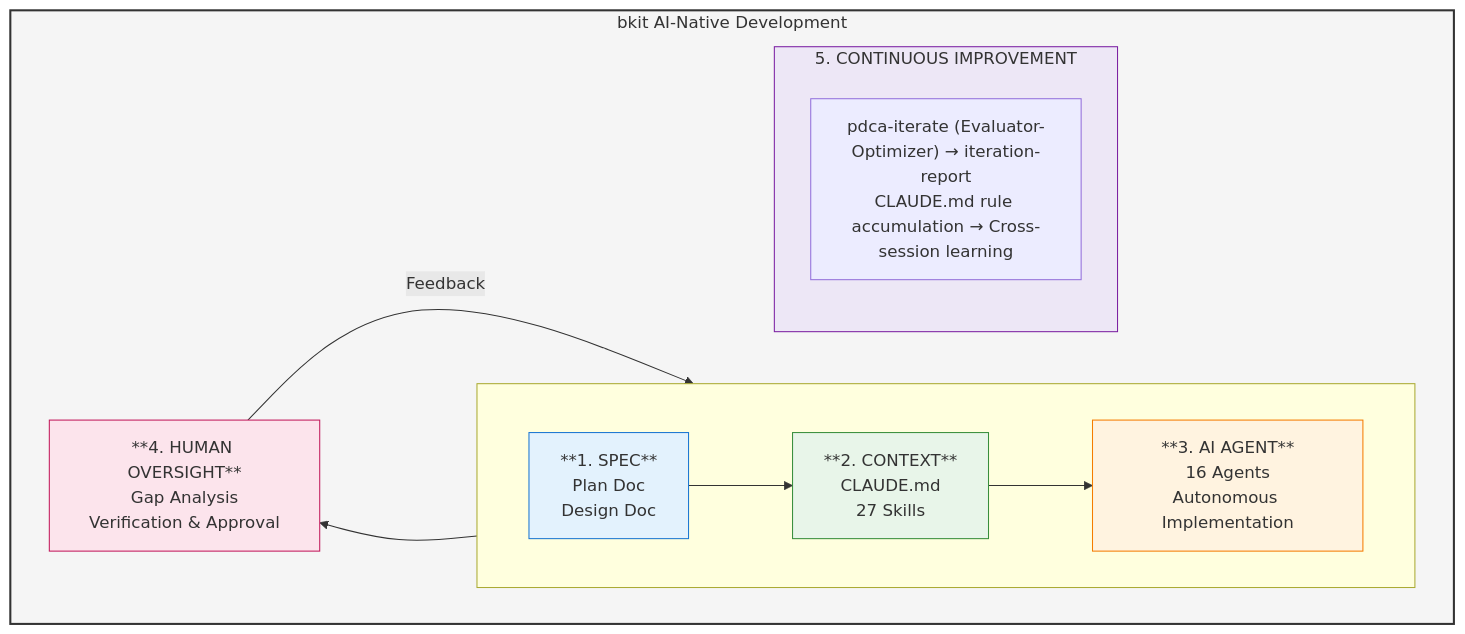
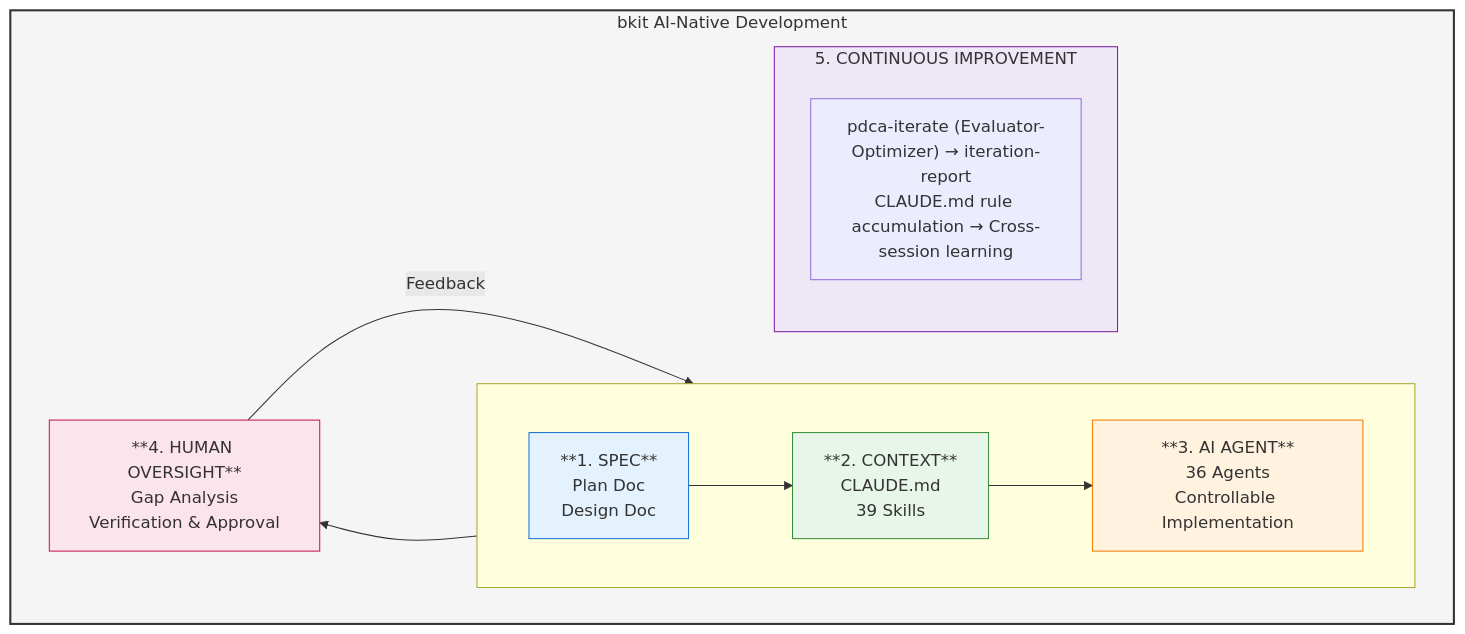
Before and after one commit to harugury-cpu/cc-sync: the diagram in plugins/marketplaces/bkit-marketplace/AI-NATIVE-DEVELOPMENT.md, drawn with Mermaid. The commit also changed other lines of this file and 4124 other files, not shown here.

````diff
--- a/plugins/marketplaces/bkit-marketplace/AI-NATIVE-DEVELOPMENT.md
+++ b/plugins/marketplaces/bkit-marketplace/AI-NATIVE-DEVELOPMENT.md
@@ -9,31 +9,31 @@
 ```mermaid
 flowchart TB
     subgraph MAIN["bkit AI-Native Development"]
         direction LR
 
         subgraph ROW1[" "]
             direction LR
             SPEC["**1. SPEC**<br/>Plan Doc<br/>Design Doc"]
-            CONTEXT["**2. CONTEXT**<br/>CLAUDE.md<br/>27 Skills"]
-            AGENT["**3. AI AGENT**<br/>16 Agents<br/>Autonomous Implementation"]
+            CONTEXT["**2. CONTEXT**<br/>CLAUDE.md<br/>39 Skills"]
+            AGENT["**3. AI AGENT**<br/>36 Agents<br/>Controllable Implementation"]
         end
 
         OVERSIGHT["**4. HUMAN OVERSIGHT**<br/>Gap Analysis<br/>Verification & Approval"]
 
         subgraph IMPROVE["5. CONTINUOUS IMPROVEMENT"]
             IMP_CONTENT["pdca-iterate (Evaluator-Optimizer) → iteration-report<br/>CLAUDE.md rule accumulation → Cross-session learning"]
         end
     end
 
     SPEC --> CONTEXT
     CONTEXT --> AGENT
     AGENT --> OVERSIGHT
     OVERSIGHT -->|"Feedback"| SPEC
 
     style MAIN fill:#f5f5f5,stroke:#333,stroke-width:2px
     style SPEC fill:#e3f2fd,stroke:#1976d2
     style CONTEXT fill:#e8f5e9,stroke:#388e3c
     style AGENT fill:#fff3e0,stroke:#f57c00
     style OVERSIGHT fill:#fce4ec,stroke:#c2185b
     style IMPROVE fill:#ede7f6,stroke:#7b1fa2
 ```
````
